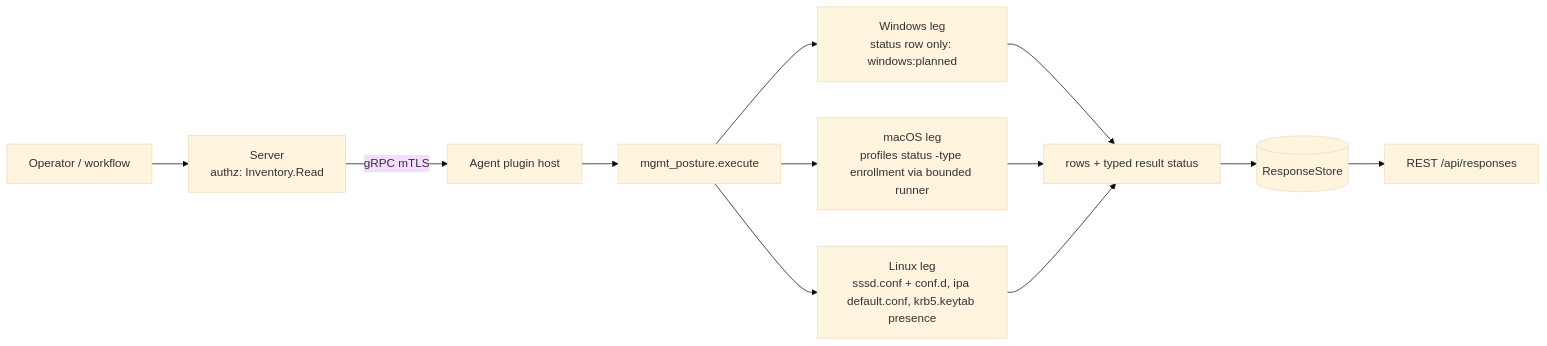
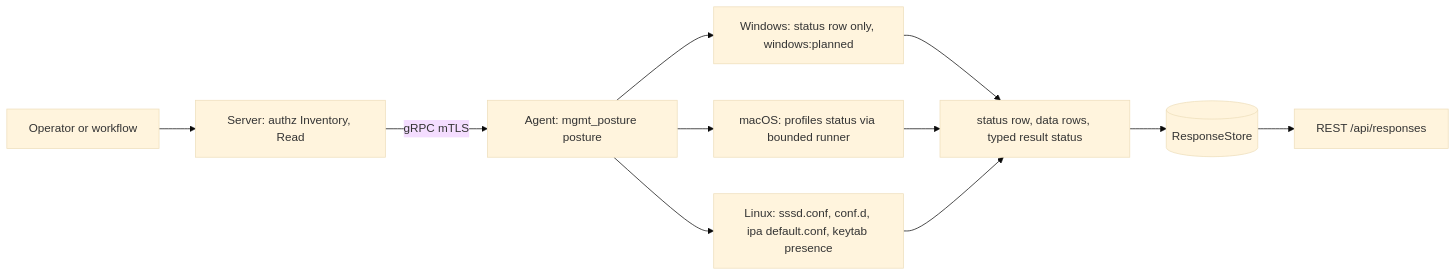
One commit to DevNullLtd/Yuzu changed the first of 3 diagrams in agents/plugins/mgmt_posture/README.md. Above: the diagram before and after it, drawn with Mermaid (base theme). The commit also changed other lines of this file and 5 other files, not shown here.

Commit message:
docs(plugins): refresh the browser_policy, execution_artifacts and mgmt_posture READMEs

````diff
--- a/agents/plugins/mgmt_posture/README.md
+++ b/agents/plugins/mgmt_posture/README.md
@@ -21,9 +23,13 @@
 ```mermaid
 flowchart LR
-  OP[Operator / workflow] --> SRV[Server<br/>authz: Inventory.Read]
-  SRV -- gRPC mTLS --> HOST[Agent plugin host] --> EX[mgmt_posture.execute]
-  EX --> WIN[Windows leg<br/>status row only: windows:planned]
-  EX --> MAC[macOS leg<br/>profiles status -type enrollment via bounded runner]
-  EX --> LIN[Linux leg<br/>sssd.conf + conf.d, ipa default.conf, krb5.keytab presence]
-  WIN & MAC & LIN --> ROWS[rows + typed result status] --> RS[(ResponseStore)] --> API[REST /api/responses]
+  OP["Operator or workflow"] --> SRV["Server: authz Inventory, Read"]
+  SRV -->|"gRPC mTLS"| EX["Agent: mgmt_posture posture"]
+  EX --> WIN["Windows: status row only, windows:planned"]
+  EX --> MAC["macOS: profiles status via bounded runner"]
+  EX --> LIN["Linux: sssd.conf, conf.d, ipa default.conf, keytab presence"]
+  WIN --> ROWS["status row, data rows, typed result status"]
+  MAC --> ROWS
+  LIN --> ROWS
+  ROWS --> RS[("ResponseStore")]
+  RS --> API["REST /api/responses"]
 ```
````
